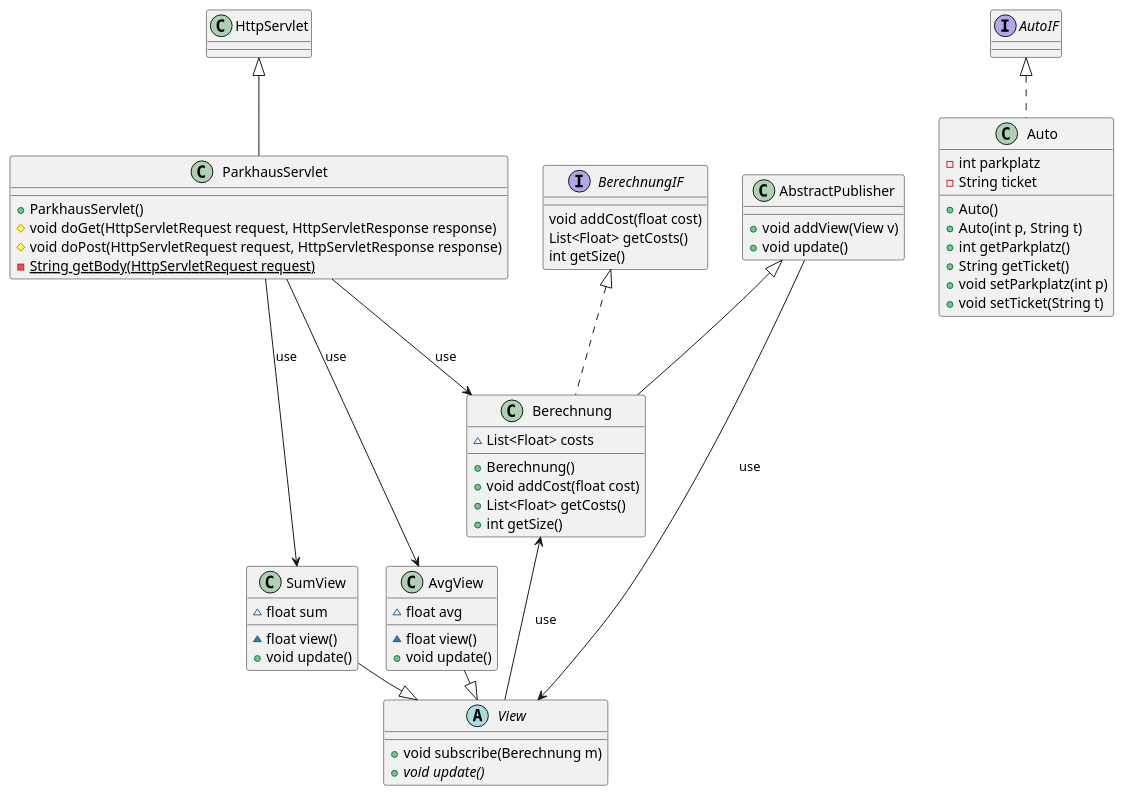
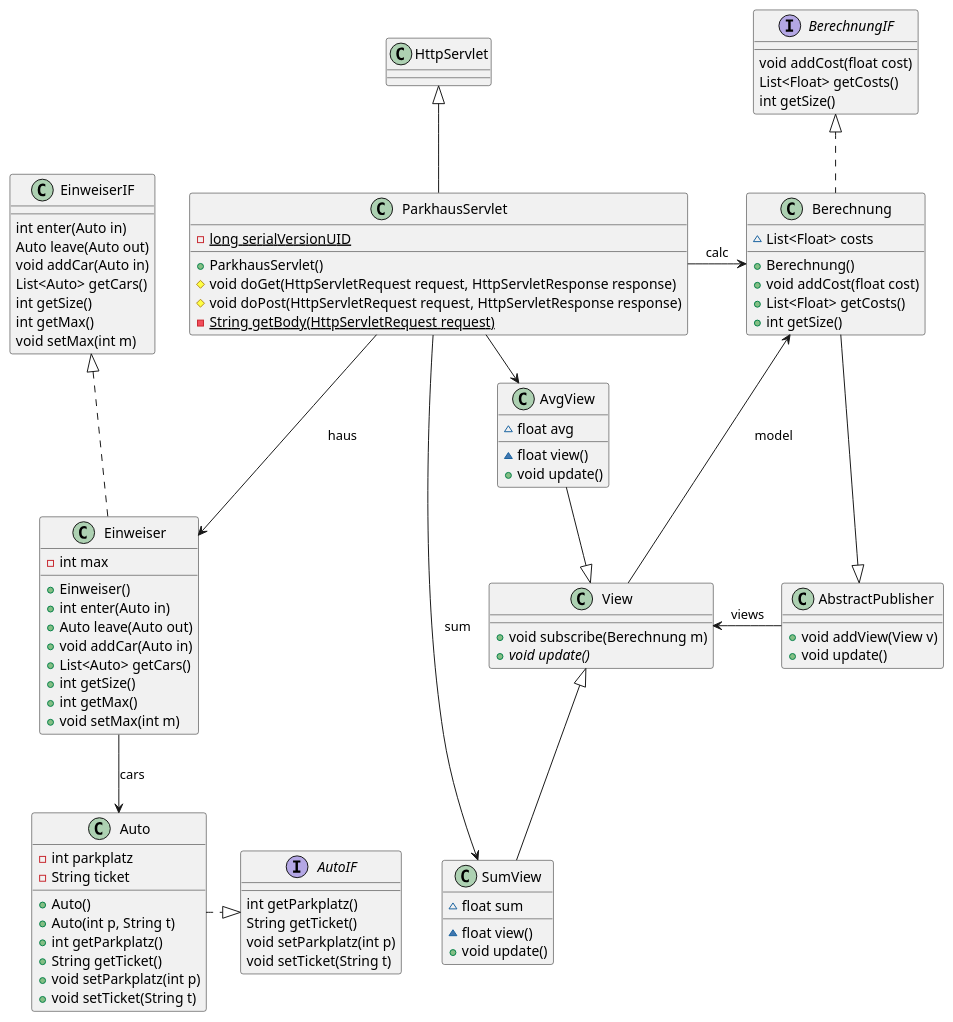
One commit to MuabDev/SE-Team32 changed the diagram in WebParkhaus/ClassDiagram.plantuml. Above: the diagram before and after it, drawn with PlantUML.

Commit message:
Klassendiagramm aktualisieren

```diff
--- a/WebParkhaus/ClassDiagram.plantuml
+++ b/WebParkhaus/ClassDiagram.plantuml
@@ -1,87 +1,129 @@
 @startuml
 class AvgView [[java:AvgView]] {
 	~float avg
 	~float view()
 	+void update()
 }
 class View [[java:View]] {
 }
-View <|-left- AvgView
+View <|-l- AvgView
+interface EinweiserIF [[java:EinweiserIF]] {
+	int enter(Auto in)
+	Auto leave(Auto out)
+	void addCar(Auto in)
+	List<Auto> getCars()
+	int getSize()
+	int getMax()
+	void setMax(int m)
+}
 
 class Berechnung [[java:Berechnung]] {
 }
-
-interface BerechnungIF [[java:BerechnungIF]] {
-	void addCost(float cost)
-	List<Float> getCosts()
-	int getSize()
+class SumView [[java:SumView]] {
+}
+class AvgView [[java:AvgView]] {
 }
 class ParkhausServlet [[java:ParkhausServlet]] {
+	-{static}long serialVersionUID
 	+ParkhausServlet()
 	#void doGet(HttpServletRequest request, HttpServletResponse response)
 	#void doPost(HttpServletRequest request, HttpServletResponse response)
 	-{static}String getBody(HttpServletRequest request)
 }
 class Berechnung [[java:Berechnung]] {
 }
-ParkhausServlet -->  Berechnung : use
+ParkhausServlet -r-> Berechnung : calc
+class Einweiser [[java:Einweiser]] {
+}
+ParkhausServlet -->  Einweiser : haus
 class SumView [[java:SumView]] {
 }
-ParkhausServlet -->  SumView : use
+ParkhausServlet -r->  SumView : sum
 class AvgView [[java:AvgView]] {
 }
-ParkhausServlet -->  AvgView : use
+ParkhausServlet -r->  AvgView : avg
 class HttpServlet [[java:javax.servlet.http.HttpServlet]] {
 }
 HttpServlet <|-- ParkhausServlet
-class AbstractPublisher [[java:AbstractPublisher]] {
-	+void addView(View v)
-	+void update()
-}
-class View [[java:View]] {
-}
-AbstractPublisher -->  View : use
-class Berechnung [[java:Berechnung]] {
-	~List<Float> costs
-	+Berechnung()
-	+void addCost(float cost)
-	+List<Float> getCosts()
-	+int getSize()
-}
-class AbstractPublisher [[java:AbstractPublisher]] {
-}
-AbstractPublisher <|-- Berechnung
-interface BerechnungIF [[java:BerechnungIF]] {
-}
-BerechnungIF <|.. Berechnung
-class SumView [[java:SumView]] {
-	~float sum
-	~float view()
-	+void update()
-}
-class View [[java:View]] {
-}
-View <|-left- SumView
 abstract class View [[java:View]] {
 	+void subscribe(Berechnung m)
 	+{abstract}void update()
 }
 class Berechnung [[java:Berechnung]] {
 }
-View -up->  Berechnung : use
-
+View -u->  Berechnung : model
+class Einweiser [[java:Einweiser]] {
+	-int max
+	+Einweiser()
+	+int enter(Auto in)
+	+Auto leave(Auto out)
+	+void addCar(Auto in)
+	+List<Auto> getCars()
+	+int getSize()
+	+int getMax()
+	+void setMax(int m)
+}
+class Auto [[java:Auto]] {
+}
+Einweiser -->  Auto : cars
+interface EinweiserIF [[java:EinweiserIF]] {
+}
+EinweiserIF <|.. Einweiser
+interface BerechnungIF [[java:BerechnungIF]] {
+	void addCost(float cost)
+	List<Float> getCosts()
+	int getSize()
+}
 class Auto [[java:Auto]] {
 	-int parkplatz
 	-String ticket
 	+Auto()
 	+Auto(int p, String t)
 	+int getParkplatz()
 	+String getTicket()
 	+void setParkplatz(int p)
 	+void setTicket(String t)
 }
 interface AutoIF [[java:AutoIF]] {
 }
-AutoIF <|.. Auto
+AutoIF <|.l. Auto
+class AbstractPublisher [[java:AbstractPublisher]] {
+	+void addView(View v)
+	+void update()
+}
+class View [[java:View]] {
+}
+AbstractPublisher -l->  View : views
+interface AutoIF [[java:AutoIF]] {
+	int getParkplatz()
+	String getTicket()
+	void setParkplatz(int p)
+	void setTicket(String t)
+}
+class Berechnung [[java:Berechnung]] {
+	~List<Float> costs
+	+Berechnung()
+	+void addCost(float cost)
+	+List<Float> getCosts()
+	+int getSize()
+}
+class AbstractPublisher [[java:AbstractPublisher]] {
+}
+AbstractPublisher <|-u- Berechnung
+interface BerechnungIF [[java:BerechnungIF]] {
+}
+BerechnungIF <|.d. Berechnung
+class SumView [[java:SumView]] {
+	~float sum
+	~float view()
+	+void update()
+}
+class View [[java:View]] {
+}
+View <|-- SumView
+
+class EinweiserIF [[java:EinweiserIF]] {
+}
+
 
 @enduml
```
